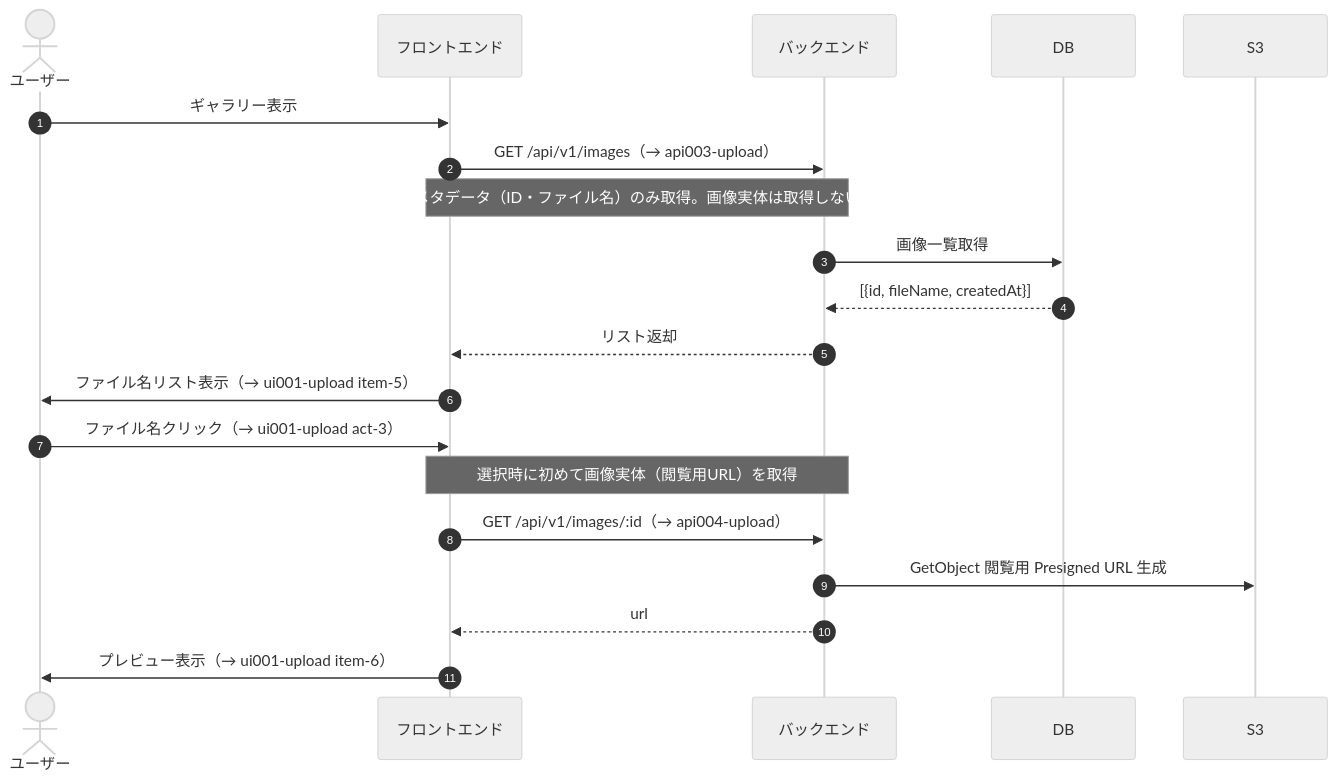
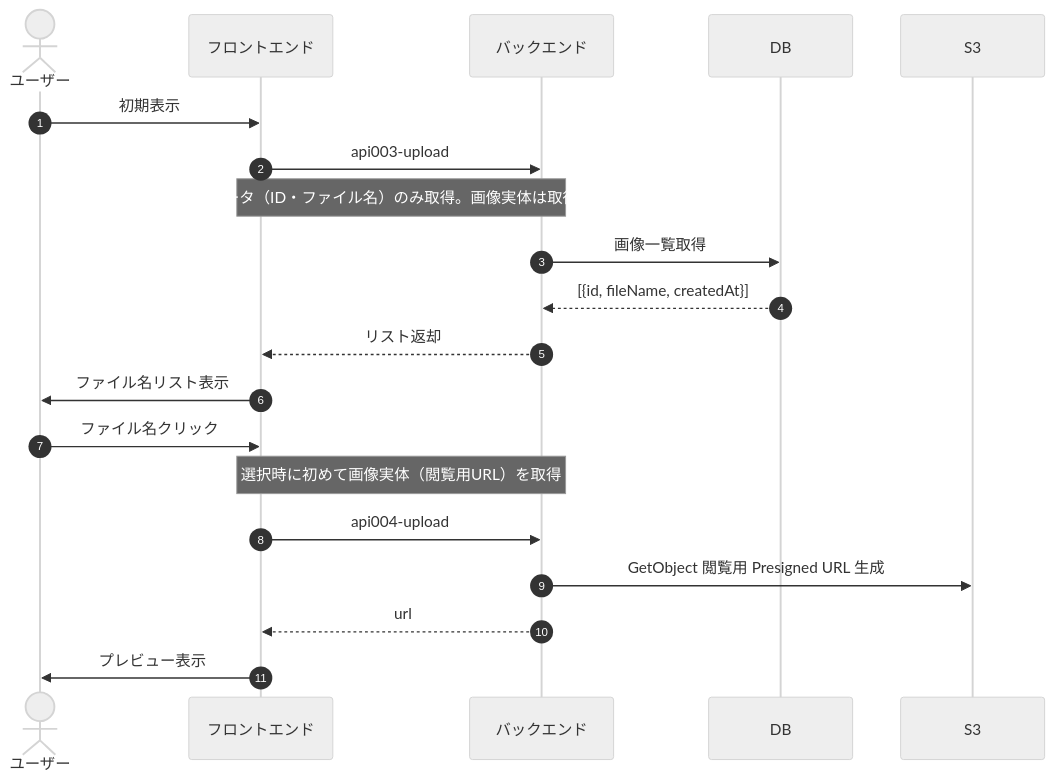
One commit to Hitamuki/spec-driven-development changed the third of 3 diagrams in specs/hugo/content/design/interaction/ia001-upload.md. Above: the diagram before and after it, drawn with Mermaid (neutral theme). The commit also changed other lines of this file and 20 other files, not shown here.

````diff
--- a/specs/hugo/content/design/interaction/ia001-upload.md
+++ b/specs/hugo/content/design/interaction/ia001-upload.md
@@ -92,24 +96,24 @@
 ```mermaid
 sequenceDiagram
     autonumber
     actor User as ユーザー
     participant FE as フロントエンド
     participant BE as バックエンド
     participant DB as DB
     participant S3 as S3
 
-    User->>FE: ギャラリー表示
-    FE->>BE: GET /api/v1/images（→ api003-upload）
+    User->>FE: 初期表示
+    FE->>BE: api003-upload
     Note over FE,BE: メタデータ（ID・ファイル名）のみ取得。画像実体は取得しない
     BE->>DB: 画像一覧取得
     DB-->>BE: [{id, fileName, createdAt}]
     BE-->>FE: リスト返却
-    FE->>User: ファイル名リスト表示（→ ui001-upload item-5）
+    FE->>User: ファイル名リスト表示
 
-    User->>FE: ファイル名クリック（→ ui001-upload act-3）
+    User->>FE: ファイル名クリック
     Note over FE,BE: 選択時に初めて画像実体（閲覧用URL）を取得
-    FE->>BE: GET /api/v1/images/:id（→ api004-upload）
+    FE->>BE: api004-upload
     BE->>S3: GetObject 閲覧用 Presigned URL 生成
     BE-->>FE: url
-    FE->>User: プレビュー表示（→ ui001-upload item-6）
+    FE->>User: プレビュー表示
 ```
````
